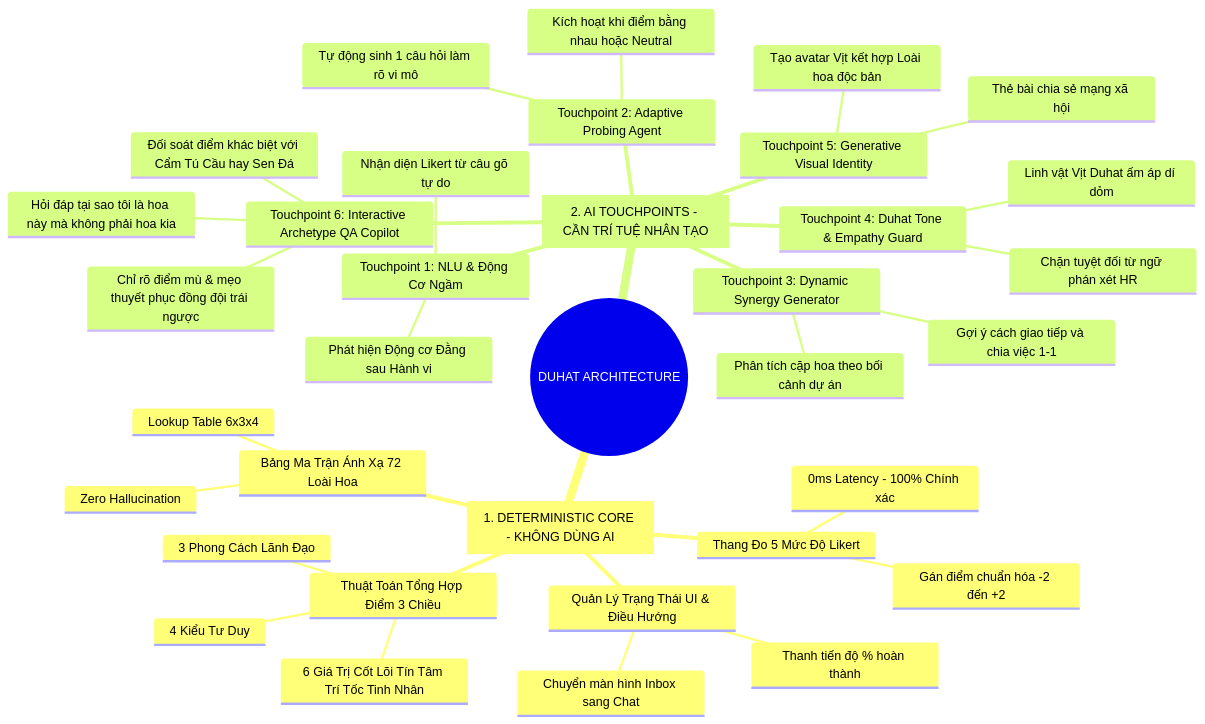
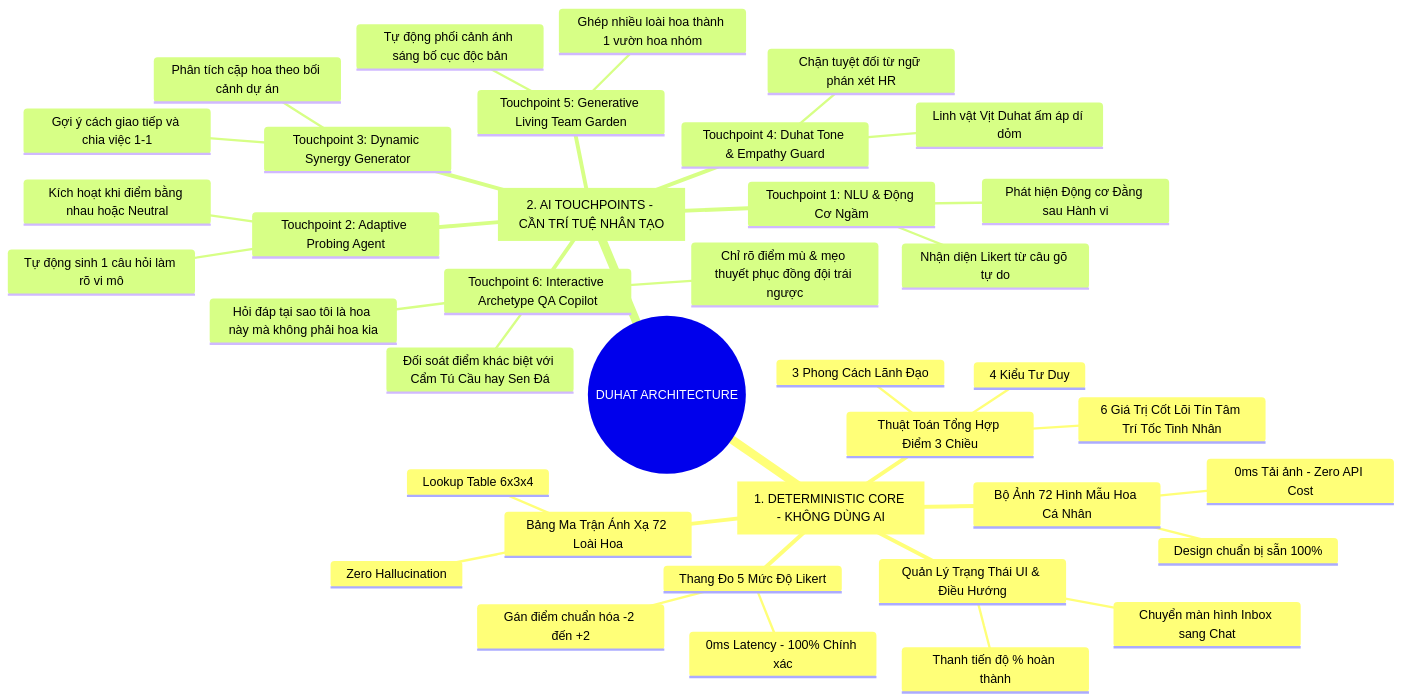
Before and after one commit to DaoThang38/duhat-personality-test: the first of 3 diagrams in AI_KNOWLEDGE_BASE_ASSESSMENT.md, drawn with Mermaid. The commit also changed other lines of this file and 2 other files, not shown here.

Commit message:
docs: clarify 72 pre-rendered flower assets and specify AI role in multi-flower team garden composition

````diff
--- a/AI_KNOWLEDGE_BASE_ASSESSMENT.md
+++ b/AI_KNOWLEDGE_BASE_ASSESSMENT.md
@@ -50,39 +50,42 @@
 ```mermaid
 mindmap
   root((DUHAT ARCHITECTURE))
     ::icon(fa fa-brain)
     [1. DETERMINISTIC CORE - KHÔNG DÙNG AI]
       Thang Đo 5 Mức Độ Likert
         Gán điểm chuẩn hóa -2 đến +2
         0ms Latency - 100% Chính xác
       Thuật Toán Tổng Hợp Điểm 3 Chiều
         6 Giá Trị Cốt Lõi Tín Tâm Trí Tốc Tinh Nhân
         3 Phong Cách Lãnh Đạo
         4 Kiểu Tư Duy
       Bảng Ma Trận Ánh Xạ 72 Loài Hoa
         Lookup Table 6x3x4
         Zero Hallucination
+      Bộ Ảnh 72 Hình Mẫu Hoa Cá Nhân
+        Design chuẩn bị sẵn 100%
+        0ms Tải ảnh - Zero API Cost
       Quản Lý Trạng Thái UI & Điều Hướng
         Chuyển màn hình Inbox sang Chat
         Thanh tiến độ % hoàn thành
     [2. AI TOUCHPOINTS - CẦN TRÍ TUỆ NHÂN TẠO]
       Touchpoint 1: NLU & Động Cơ Ngầm
         Nhận diện Likert từ câu gõ tự do
         Phát hiện Động cơ Đằng sau Hành vi
       Touchpoint 2: Adaptive Probing Agent
         Kích hoạt khi điểm bằng nhau hoặc Neutral
         Tự động sinh 1 câu hỏi làm rõ vi mô
       Touchpoint 3: Dynamic Synergy Generator
         Phân tích cặp hoa theo bối cảnh dự án
         Gợi ý cách giao tiếp và chia việc 1-1
       Touchpoint 4: Duhat Tone & Empathy Guard
         Linh vật Vịt Duhat ấm áp dí dỏm
         Chặn tuyệt đối từ ngữ phán xét HR
-      Touchpoint 5: Generative Visual Identity
-        Tạo avatar Vịt kết hợp Loài hoa độc bản
-        Thẻ bài chia sẻ mạng xã hội
+      Touchpoint 5: Generative Living Team Garden
+        Ghép nhiều loài hoa thành 1 vườn hoa nhóm
+        Tự động phối cảnh ánh sáng bố cục độc bản
       Touchpoint 6: Interactive Archetype QA Copilot
         Hỏi đáp tại sao tôi là hoa này mà không phải hoa kia
         Đối soát điểm khác biệt với Cẩm Tú Cầu hay Sen Đá
         Chỉ rõ điểm mù & mẹo thuyết phục đồng đội trái ngược
 ```
````
